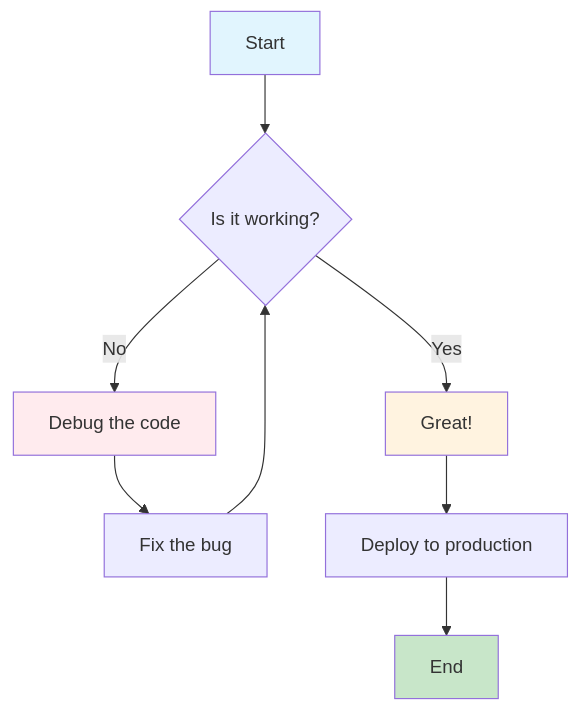
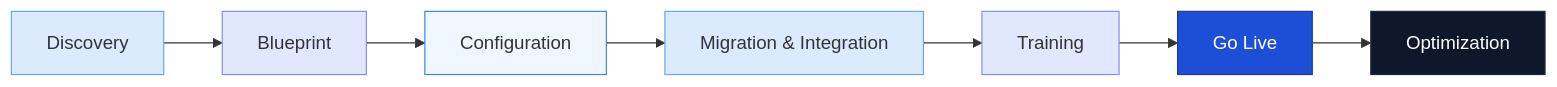
One commit to algonacci/compro changed the second of 2 diagrams in main.qmd. Above: the diagram before and after it, drawn with Mermaid. The commit also changed other lines of this file and 31 other files, not shown here.

````diff
--- a/main.qmd
+++ b/main.qmd
@@ -104,15 +171,17 @@
 ```{mermaid}
-flowchart TD
-    A[Start] --> B{Is it working?}
-    B -->|Yes| C[Great!]
-    B -->|No| D[Debug the code]
-    D --> E[Fix the bug]
-    E --> B
-    C --> F[Deploy to production]
-    F --> G[End]
+flowchart LR
+    A[Discovery] --> B[Blueprint]
+    B --> C[Configuration]
+    C --> D[Migration & Integration]
+    D --> E[Training]
+    E --> F[Go Live]
+    F --> G[Optimization]
 
-    style A fill:#e1f5fe
-    style G fill:#c8e6c9
-    style C fill:#fff3e0
-    style D fill:#ffebee
+    style A fill:#dbeafe,stroke:#60a5fa
+    style B fill:#e0e7ff,stroke:#818cf8
+    style C fill:#eff6ff,stroke:#3b82f6
+    style D fill:#dbeafe,stroke:#60a5fa
+    style E fill:#e0e7ff,stroke:#818cf8
+    style F fill:#1d4ed8,color:#ffffff,stroke:#1e3a8a
+    style G fill:#0f172a,color:#ffffff,stroke:#1e293b
 ```
````
